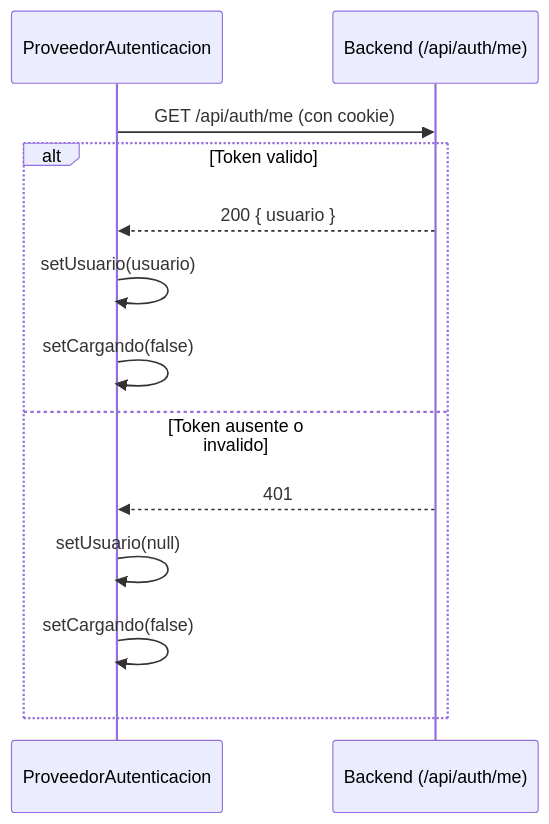
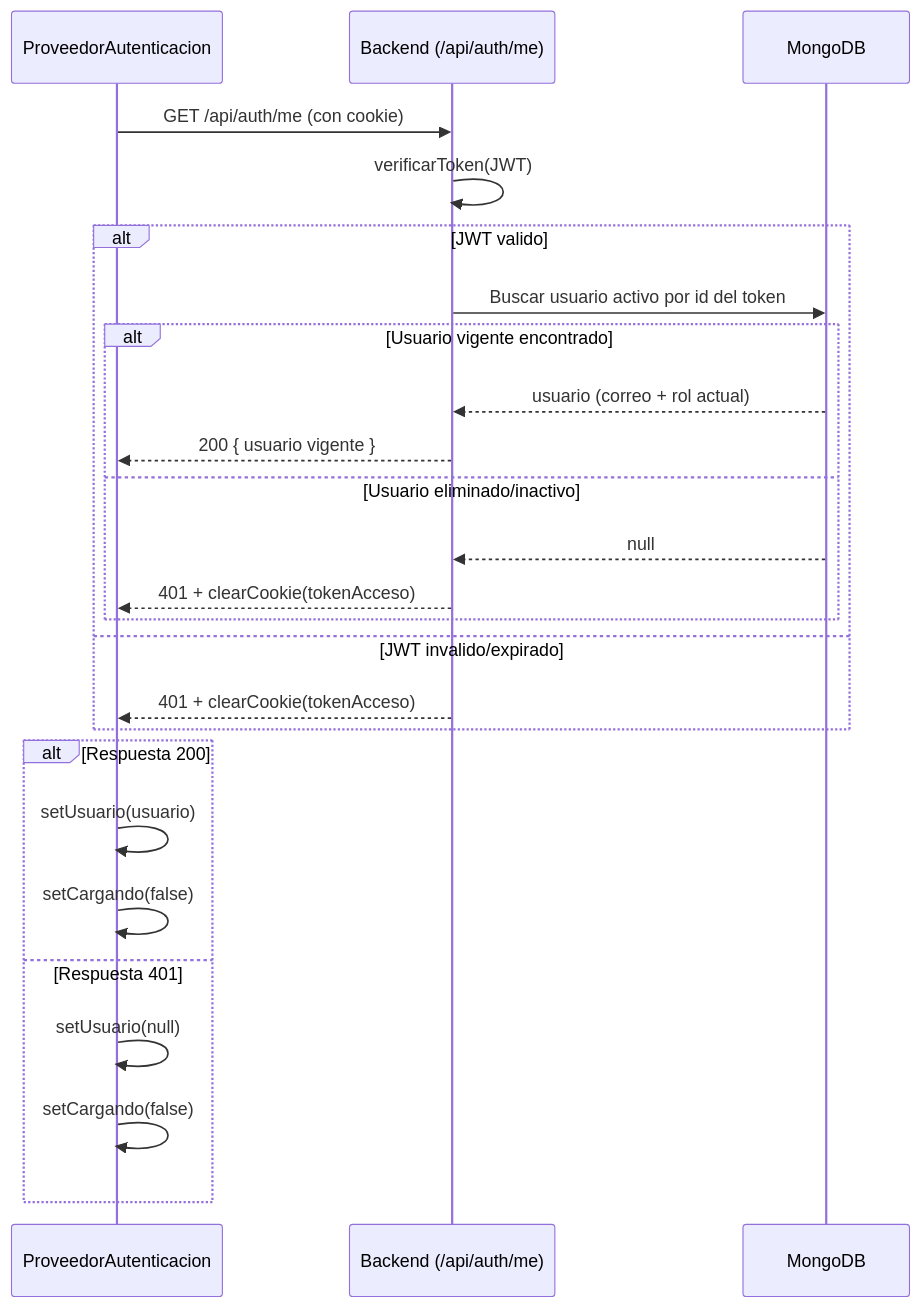
Before and after one commit to Dtcsrni/proyecto_MERN: the third of 7 diagrams in client/proyectos_vite/login-react-mern/docs/DIAGRAMAS_FUNCIONAMIENTO.md, drawn with Mermaid. The commit also changed other lines of this file and 14 other files, not shown here.

First line of the commit message:
Add diagrams for authentication flow and user management

````diff
--- a/client/proyectos_vite/login-react-mern/docs/DIAGRAMAS_FUNCIONAMIENTO.md
+++ b/client/proyectos_vite/login-react-mern/docs/DIAGRAMAS_FUNCIONAMIENTO.md
@@ -48,16 +48,28 @@
 ```mermaid
 sequenceDiagram
     participant F as ProveedorAutenticacion
     participant B as Backend (/api/auth/me)
+    participant DB as MongoDB
 
     F->>B: GET /api/auth/me (con cookie)
-    alt Token valido
-        B-->>F: 200 { usuario }
+    B->>B: verificarToken(JWT)
+    alt JWT valido
+        B->>DB: Buscar usuario activo por id del token
+        alt Usuario vigente encontrado
+            DB-->>B: usuario (correo + rol actual)
+            B-->>F: 200 { usuario vigente }
+        else Usuario eliminado/inactivo
+            DB-->>B: null
+            B-->>F: 401 + clearCookie(tokenAcceso)
+        end
+    else JWT invalido/expirado
+        B-->>F: 401 + clearCookie(tokenAcceso)
+    end
+    alt Respuesta 200
         F->>F: setUsuario(usuario)
         F->>F: setCargando(false)
-    else Token ausente o invalido
-        B-->>F: 401
+    else Respuesta 401
         F->>F: setUsuario(null)
         F->>F: setCargando(false)
     end
 ```
````
